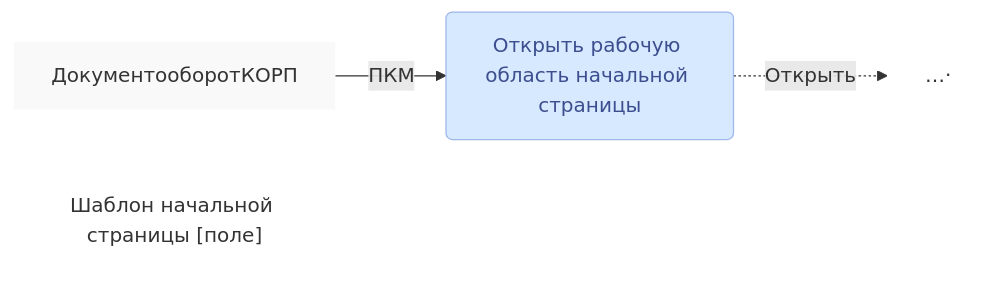
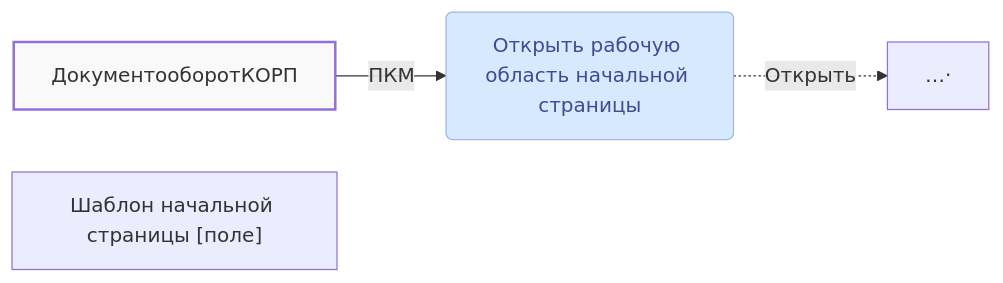
The third of 3 diagrams in faq/crash/main-white-window.md (lugovoe/manual), drawn with Mermaid before and after one commit. The commit also changed other lines of this file, not shown here.

Commit message:
Ниже сохранено меню

````diff
--- a/faq/crash/main-white-window.md
+++ b/faq/crash/main-white-window.md
@@ -54,12 +53,11 @@
 ``` mermaid
 flowchart LR
   b1[ДокументооборотКОРП];
   b1 -- ПКМ --> m1(Открыть рабочую область начальной страницы);
   m1 -. Открыть .-> b0["#hellip;#middot;"];
   b3["Шаблон начальной страницы [поле]"];
-  classDef default fill:none,stroke:none;
   classDef button fill:#f9f9f9,stroke-width:2px;
   classDef confmenu fill:#d6e9ff,stroke:#9eb6e9,color:#3d4e8f;
   class b1,b2 button;
   class m1 confmenu;
 ```
````
